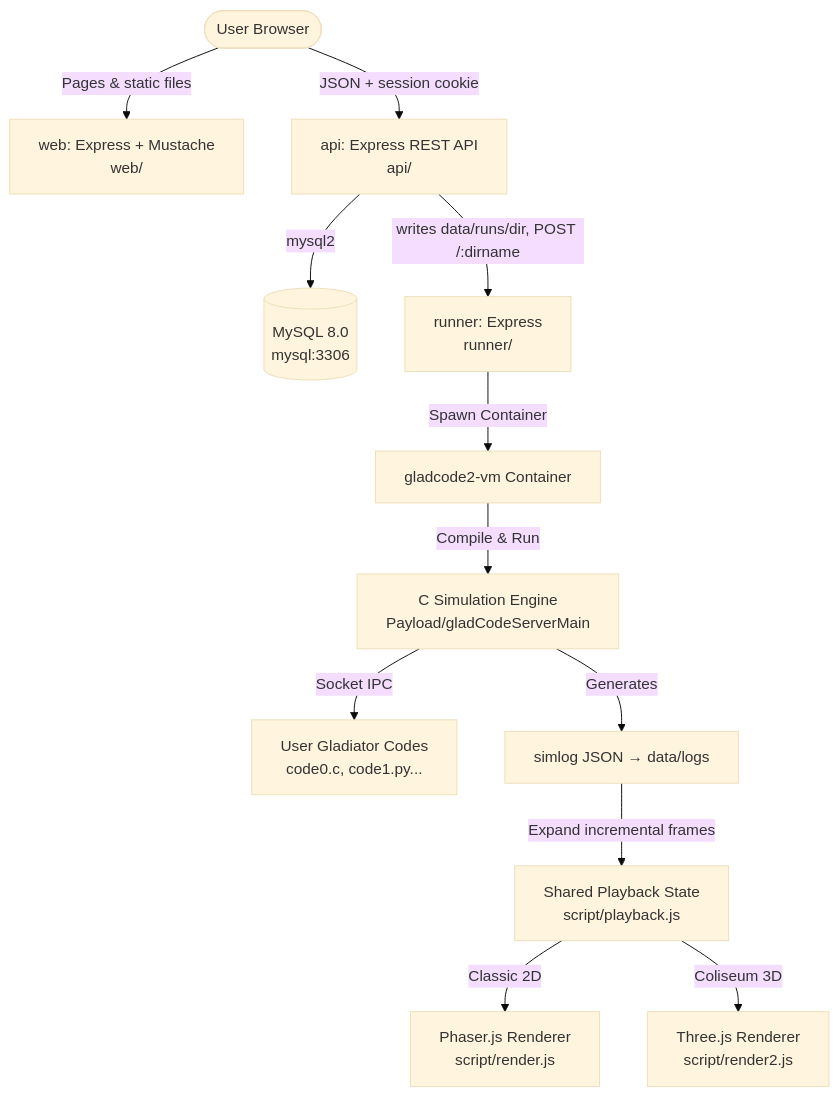
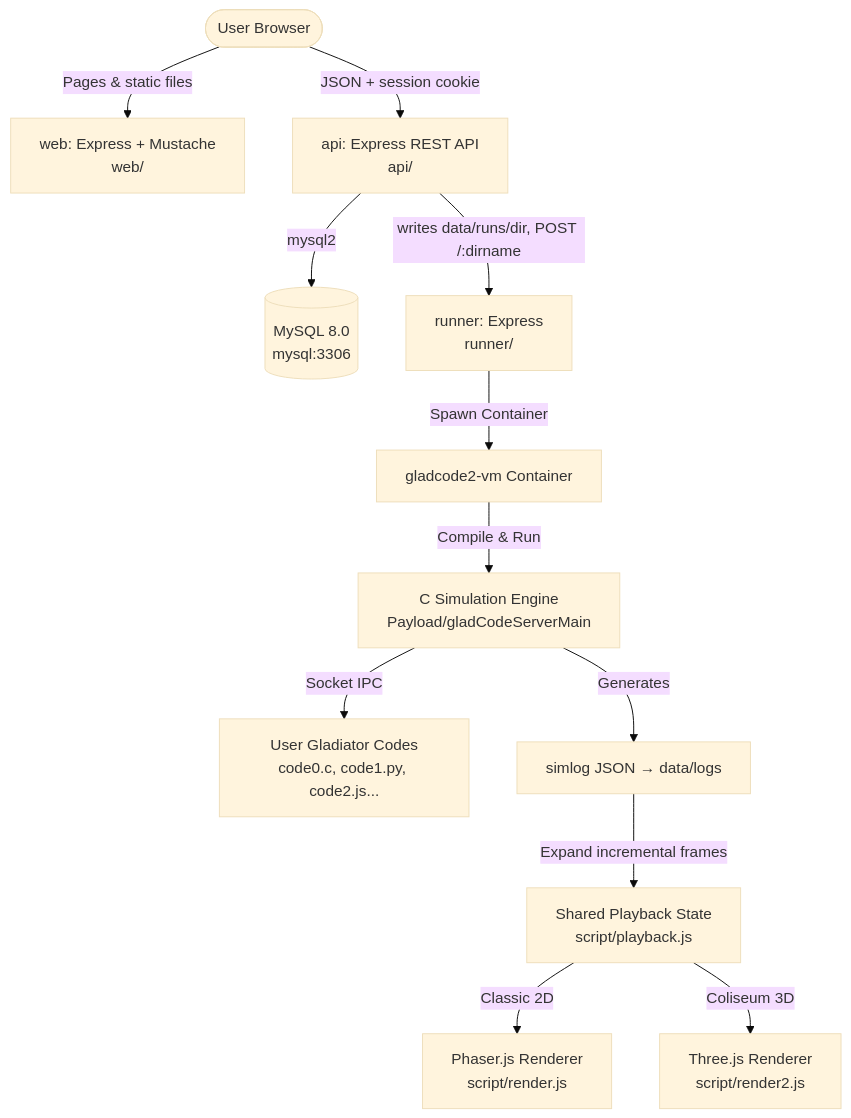
One commit to werlang/gladCode2 changed the diagram in README.md. Above: the diagram before and after it, drawn with Mermaid (base theme). The commit also changed other lines of this file and 4 other files, not shown here.

````diff
--- a/README.md
+++ b/README.md
@@ -11,14 +11,14 @@
 ```mermaid
 flowchart TD
     User([User Browser]) -->|Pages & static files| Web[web: Express + Mustache\nweb/]
     User -->|JSON + session cookie| API[api: Express REST API\napi/]
     API -->|mysql2| DB[(MySQL 8.0\nmysql:3306)]
     API -->|writes data/runs/dir, POST /:dirname| Runner[runner: Express\nrunner/]
     Runner -->|Spawn Container| VM[gladcode2-vm Container]
     VM -->|Compile & Run| Engine[C Simulation Engine\nPayload/gladCodeServerMain]
-    Engine -->|Socket IPC| GladiatorCodes[User Gladiator Codes\ncode0.c, code1.py...]
+    Engine -->|Socket IPC| GladiatorCodes[User Gladiator Codes\ncode0.c, code1.py, code2.js...]
     Engine -->|Generates| SimLog[simlog JSON → data/logs]
     SimLog -->|Expand incremental frames| Playback[Shared Playback State\nscript/playback.js]
     Playback -->|Classic 2D| Phaser[Phaser.js Renderer\nscript/render.js]
     Playback -->|Coliseum 3D| Three[Three.js Renderer\nscript/render2.js]
 ```
````
